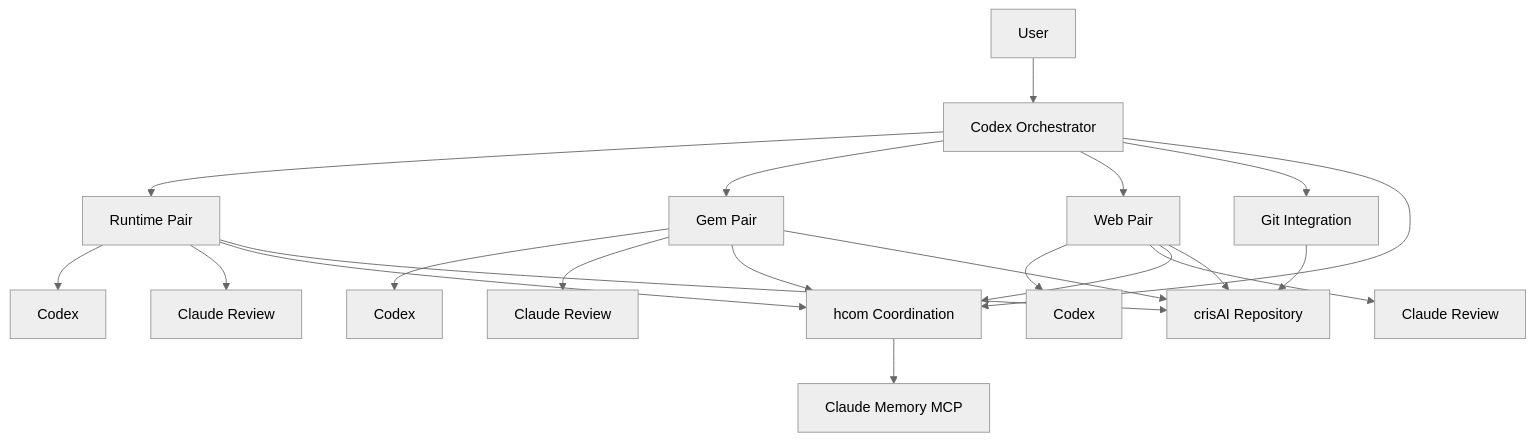
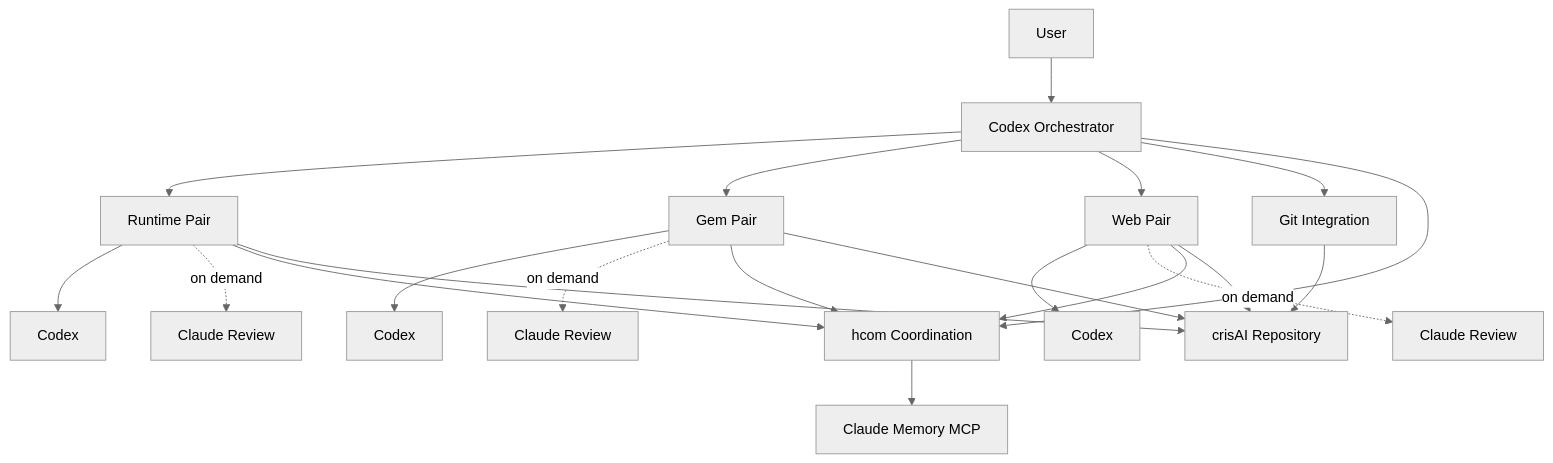
Before and after one commit to crissdiamond/crisAI: the diagram in reference/development/README.md, drawn with Mermaid (neutral theme). The commit also changed other lines of this file and 31 other files, not shown here.

Commit message:
feat(dev): launch claude reviewers on demand

````diff
--- a/reference/development/README.md
+++ b/reference/development/README.md
@@ -23,27 +26,27 @@
 ```mermaid
 flowchart TB
     User[User] --> Orchestrator[Codex Orchestrator]
 
     Orchestrator --> Runtime[Runtime Pair]
     Orchestrator --> Gem[Gem Pair]
     Orchestrator --> Web[Web Pair]
 
     Runtime --> RuntimeCodex[Codex]
-    Runtime --> RuntimeClaude[Claude Review]
+    Runtime -. on demand .-> RuntimeClaude[Claude Review]
     Gem --> GemCodex[Codex]
-    Gem --> GemClaude[Claude Review]
+    Gem -. on demand .-> GemClaude[Claude Review]
     Web --> WebCodex[Codex]
-    Web --> WebClaude[Claude Review]
+    Web -. on demand .-> WebClaude[Claude Review]
 
     Orchestrator --> Git[Git Integration]
     Orchestrator --> Hcom[hcom Coordination]
     Runtime --> Hcom
     Gem --> Hcom
     Web --> Hcom
 
     Hcom --> Memory[Claude Memory MCP]
     Runtime --> Repo[crisAI Repository]
     Gem --> Repo
     Web --> Repo
     Git --> Repo
 ```
````
